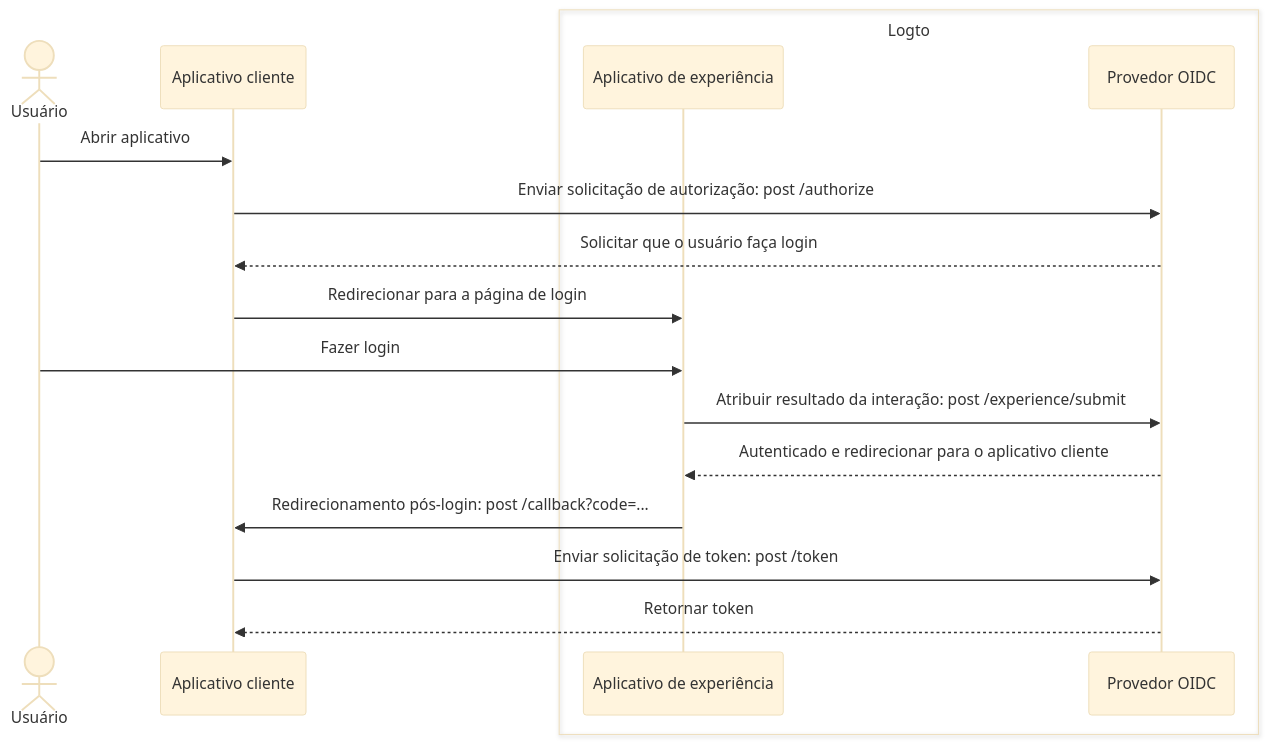
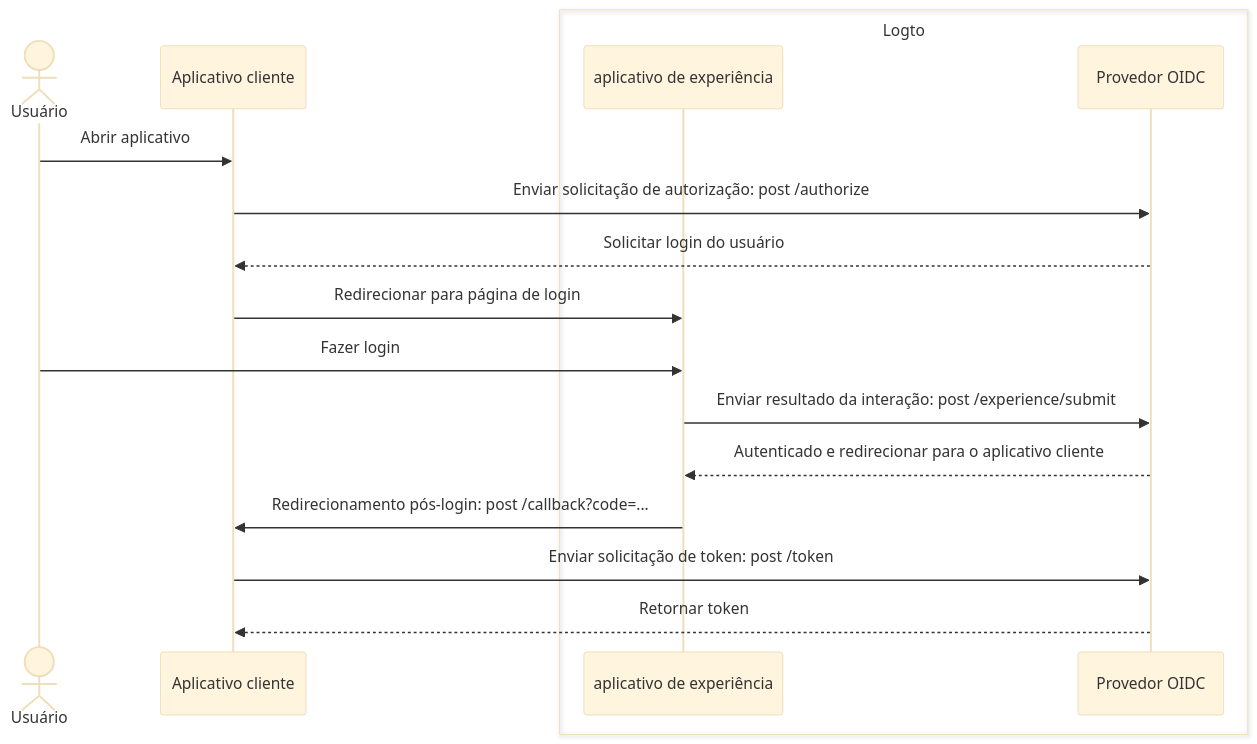
The first of 2 diagrams in i18n/pt-BR/docusaurus-plugin-content-docs/current/end-user-flows/sign-up-and-sign-in/README.mdx (logto-io/docs), drawn with Mermaid (base theme) before and after one commit. The commit also changed other lines of this file and 53 other files, not shown here.

````diff
--- a/i18n/pt-BR/docusaurus-plugin-content-docs/current/end-user-flows/sign-up-and-sign-in/README.mdx
+++ b/i18n/pt-BR/docusaurus-plugin-content-docs/current/end-user-flows/sign-up-and-sign-in/README.mdx
@@ -15,21 +15,21 @@
 ```mermaid
 sequenceDiagram
   actor user as Usuário
   participant client as Aplicativo cliente
 
   box Logto
-    participant experience as Aplicativo de experiência
+    participant experience as aplicativo de experiência
     participant oidc as Provedor OIDC
   end
 
   user ->> client: Abrir aplicativo
   client ->> oidc: Enviar solicitação de autorização: post /authorize
-  oidc -->> client: Solicitar que o usuário faça login
-  client ->> experience: Redirecionar para a página de login
+  oidc -->> client: Solicitar login do usuário
+  client ->> experience: Redirecionar para página de login
   user ->> experience: Fazer login
-  experience ->> oidc: Atribuir resultado da interação: post /experience/submit
+  experience ->> oidc: Enviar resultado da interação: post /experience/submit
   oidc -->> experience: Autenticado e redirecionar para o aplicativo cliente
   experience ->> client: Redirecionamento pós-login: post /callback?code=...
   client ->> oidc: Enviar solicitação de token: post /token
   oidc -->> client: Retornar token
 ```
````
